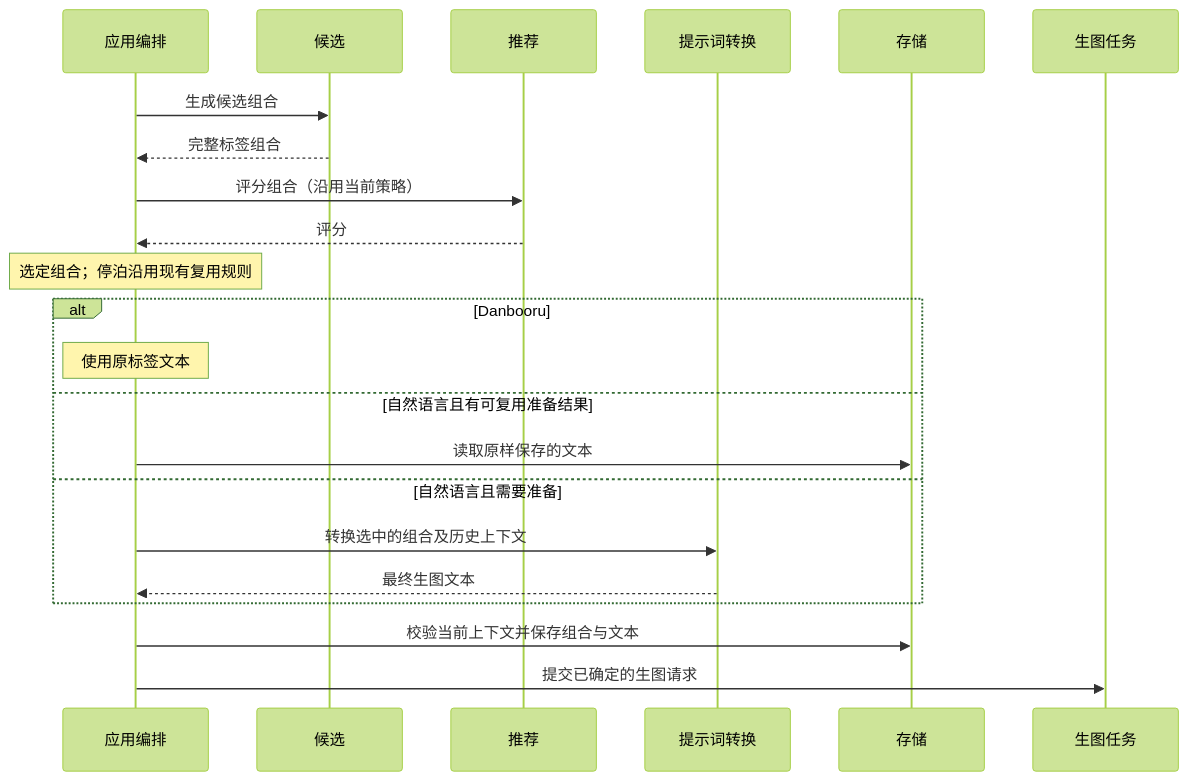
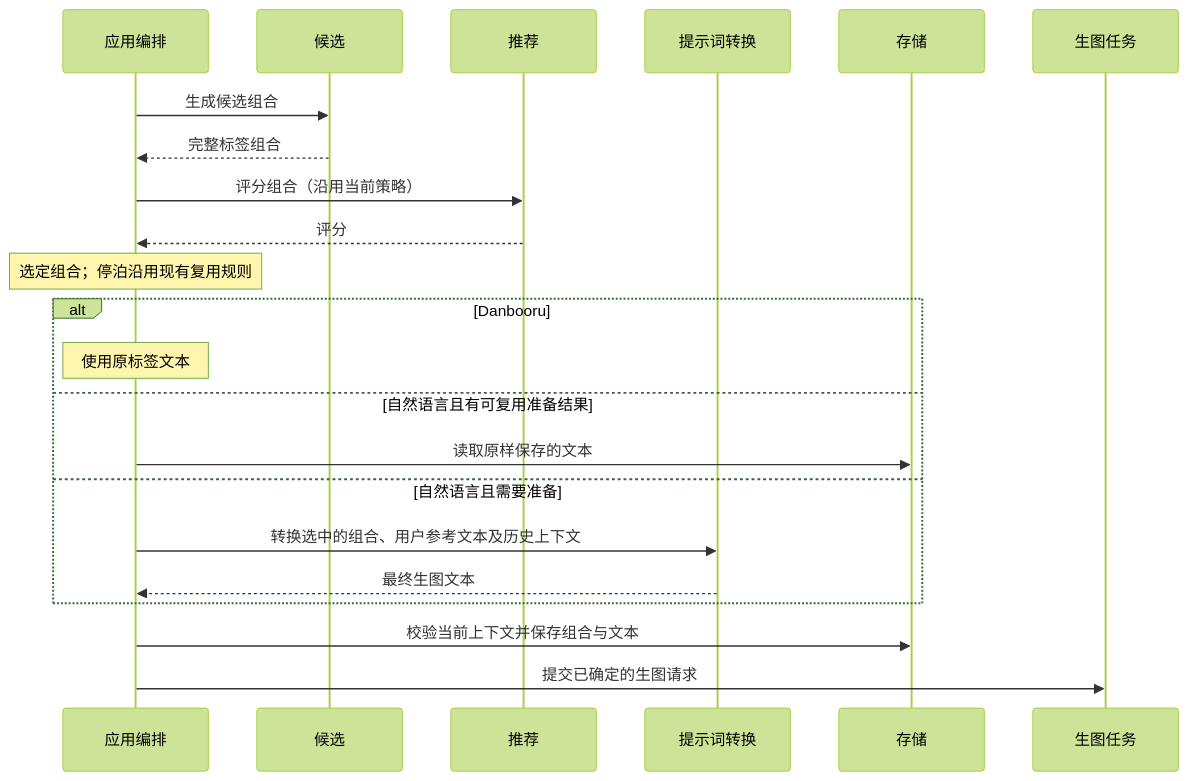
One commit to Lykr/pictide changed the second of 2 diagrams in docs/zh-CN/dev/issues/natural-language-prompts.md. Above: the diagram before and after it, drawn with Mermaid (forest theme). The commit also changed other lines of this file, not shown here.

````diff
--- a/docs/zh-CN/dev/issues/natural-language-prompts.md
+++ b/docs/zh-CN/dev/issues/natural-language-prompts.md
@@ -42,24 +42,24 @@
 ```mermaid
 sequenceDiagram
     participant App as 应用编排
     participant C as 候选
     participant R as 推荐
     participant P as 提示词转换
     participant S as 存储
     participant T as 生图任务
     App->>C: 生成候选组合
     C-->>App: 完整标签组合
     App->>R: 评分组合（沿用当前策略）
     R-->>App: 评分
     Note over App: 选定组合；停泊沿用现有复用规则
     alt Danbooru
         Note over App: 使用原标签文本
     else 自然语言且有可复用准备结果
         App->>S: 读取原样保存的文本
     else 自然语言且需要准备
-        App->>P: 转换选中的组合及历史上下文
+        App->>P: 转换选中的组合、用户参考文本及历史上下文
         P-->>App: 最终生图文本
     end
     App->>S: 校验当前上下文并保存组合与文本
     App->>T: 提交已确定的生图请求
 ```
````
